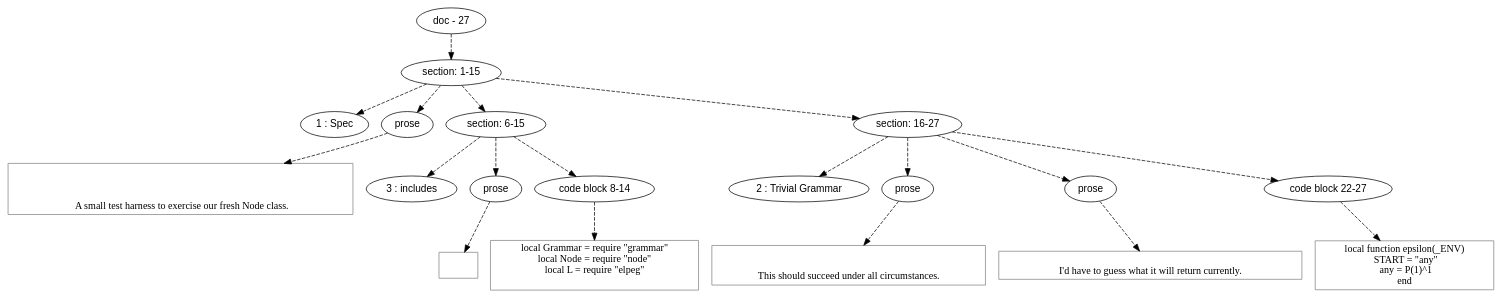
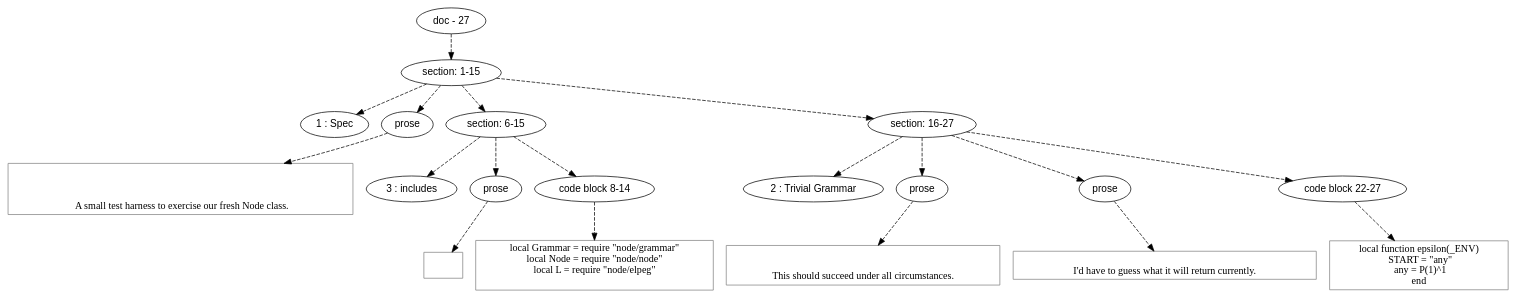
One commit to mnemnion/orb changed the diagram in doc/dot/node/spec.dot. Above: the diagram before and after it, drawn with Graphviz. The commit also changed 24 other files, not shown here.

```diff
--- a/doc/dot/node/spec.dot
+++ b/doc/dot/node/spec.dot
@@ -1,79 +1,79 @@
 digraph hierarchy {
 
 node [fontname=Helvetica]
 edge [style=dashed]
 
 doc_0 [label="doc - 27"]
 
 
 doc_0 -> { section_1}
 {rank=same; section_1}
 
 section_1 [label="section: 1-15"]
 
 
 section_1 -> { header_2 prose_3 section_4 section_5}
 {rank=same; header_2 prose_3 section_4 section_5}
 
 header_2 [label="1 : Spec"]
 
 prose_3 [label="prose"]
 
 section_4 [label="section: 6-15"]
 
 section_5 [label="section: 16-27"]
 
 
 prose_3 -> leaf_6
 leaf_6  [color=Gray,shape=rectangle,fontname=Inconsolata,label="
 
 
   A small test harness to exercise our fresh Node class.
 "]
 section_4 -> { header_7 prose_8 codeblock_9}
 {rank=same; header_7 prose_8 codeblock_9}
 
 header_7 [label="3 : includes"]
 
 prose_8 [label="prose"]
 
 codeblock_9 [label="code block 8-14"]
 
 
 prose_8 -> leaf_10
 leaf_10  [color=Gray,shape=rectangle,fontname=Inconsolata,label="
 "]
 codeblock_9 -> leaf_11
-leaf_11  [color=Gray,shape=rectangle,fontname=Inconsolata,label="local Grammar = require \"grammar\"
-local Node = require \"node\"
-local L = require \"elpeg\"
+leaf_11  [color=Gray,shape=rectangle,fontname=Inconsolata,label="local Grammar = require \"node/grammar\"
+local Node = require \"node/node\"
+local L = require \"node/elpeg\"
 
 "]
 section_5 -> { header_12 prose_13 prose_14 codeblock_15}
 {rank=same; header_12 prose_13 prose_14 codeblock_15}
 
 header_12 [label="2 : Trivial Grammar"]
 
 prose_13 [label="prose"]
 
 prose_14 [label="prose"]
 
 codeblock_15 [label="code block 22-27"]
 
 
 prose_13 -> leaf_16
 leaf_16  [color=Gray,shape=rectangle,fontname=Inconsolata,label="
 
 This should succeed under all circumstances.
 "]
 prose_14 -> leaf_17
 leaf_17  [color=Gray,shape=rectangle,fontname=Inconsolata,label="
 I'd have to guess what it will return currently. 
 "]
 codeblock_15 -> leaf_18
 leaf_18  [color=Gray,shape=rectangle,fontname=Inconsolata,label="local function epsilon(_ENV)
   START = \"any\"
   any = P(1)^1 
 end "]
 
 }
```
